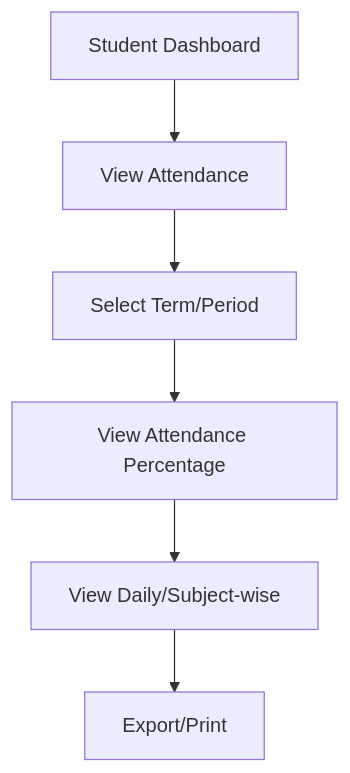
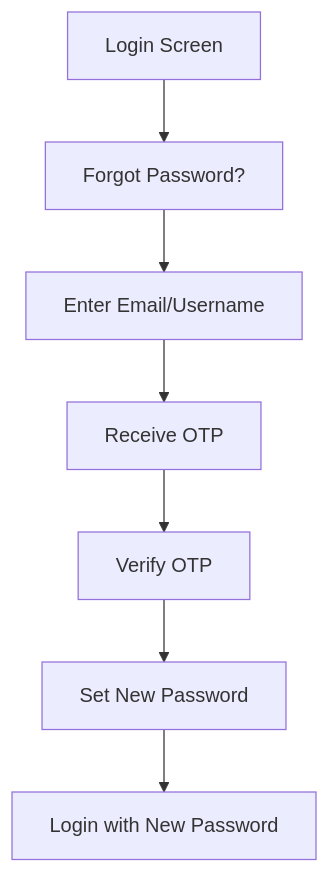
One commit to kainatsghar/CityzensApp changed the second of 5 diagrams in README.md. Above: the diagram before and after it, drawn with Mermaid. The commit also changed other lines of this file and 36 other files, not shown here.

````diff
--- a/README.md
+++ b/README.md
@@ -34,8 +59,9 @@
 ```mermaid
-flowchart TD
-    A[Student Dashboard] --> B[View Attendance]
-    B --> C[Select Term/Period]
-    C --> D[View Attendance Percentage]
-    D --> E[View Daily/Subject-wise]
-    E --> F[Export/Print]
+graph TD
+    A[Login Screen] --> B[Forgot Password?]
+    B --> C[Enter Email/Username]
+    C --> D[Receive OTP]
+    D --> E[Verify OTP]
+    E --> F[Set New Password]
+    F --> G[Login with New Password]
 ```
````
